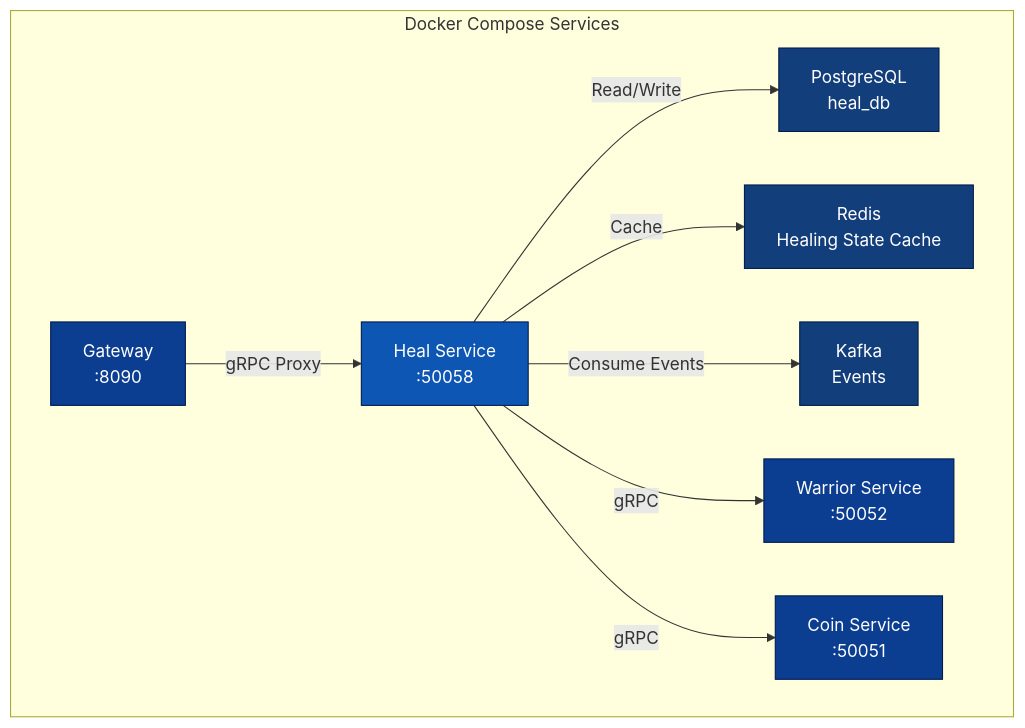
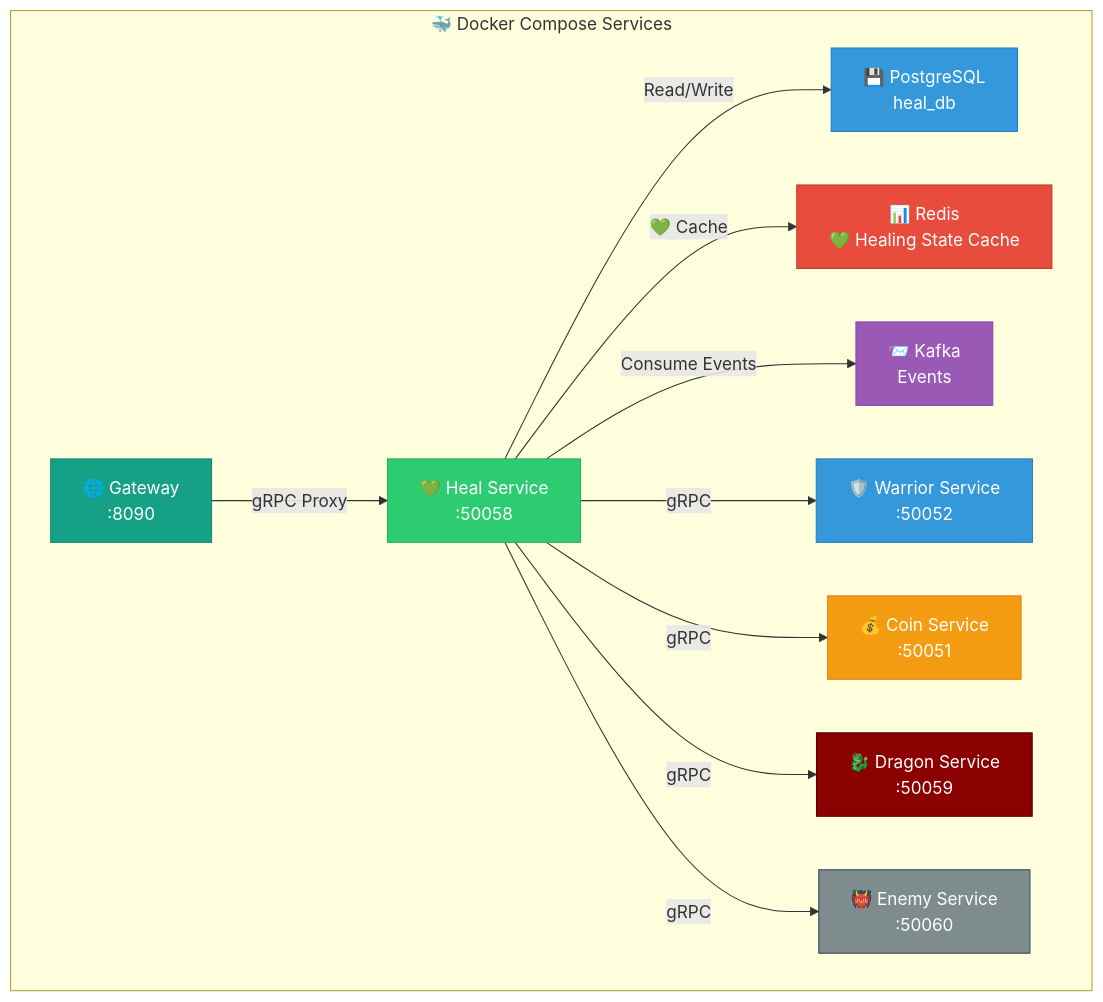
Diagram 30 of 36 in README.md (tiraten-bot/network-sec-micro), drawn with Mermaid before and after one commit. The commit also changed other lines of this file, not shown here.

Commit message:
Refine README.md by adding emoji annotations to the Docker Compose Deployment section, enhancing visual appeal and clarity. Updated service names and styles for better differentiation, including new services for Dragon and Enemy.

````diff
--- a/README.md
+++ b/README.md
@@ -1686,27 +1686,33 @@
 ```mermaid
 graph TB
-    subgraph "Docker Compose Services"
-        DCPG[PostgreSQL<br/>heal_db]
-        DCR[Redis<br/>Healing State Cache]
-        DCK[Kafka<br/>Events]
-        DCH[Heal Service<br/>:50058]
-        DCW[Warrior Service<br/>:50052]
-        DCC[Coin Service<br/>:50051]
-        DCGW[Gateway<br/>:8090]
+    subgraph "🐳 Docker Compose Services"
+        DCPG[💾 PostgreSQL<br/>heal_db]
+        DCR[📊 Redis<br/>💚 Healing State Cache]
+        DCK[📨 Kafka<br/>Events]
+        DCH[💚 Heal Service<br/>:50058]
+        DCW[🛡️ Warrior Service<br/>:50052]
+        DCC[💰 Coin Service<br/>:50051]
+        DCD[🐉 Dragon Service<br/>:50059]
+        DCE[👹 Enemy Service<br/>:50060]
+        DCGW[🌐 Gateway<br/>:8090]
     end
     
     DCH -->|Read/Write| DCPG
-    DCH -->|Cache| DCR
+    DCH -->|💚 Cache| DCR
     DCH -->|Consume Events| DCK
     DCH -->|gRPC| DCW
     DCH -->|gRPC| DCC
+    DCH -->|gRPC| DCD
+    DCH -->|gRPC| DCE
     DCGW -->|gRPC Proxy| DCH
     
-    style DCH fill:#0d56b3,stroke:#001a4d,color:#ffffff
-    style DCPG fill:#133e7c,stroke:#001a4d,color:#ffffff
-    style DCR fill:#133e7c,stroke:#001a4d,color:#ffffff
-    style DCK fill:#133e7c,stroke:#001a4d,color:#ffffff
-    style DCW fill:#0b3d91,stroke:#001a4d,color:#ffffff
-    style DCC fill:#0b3d91,stroke:#001a4d,color:#ffffff
-    style DCGW fill:#0b3d91,stroke:#001a4d,color:#ffffff
+    style DCH fill:#2ecc71,stroke:#27ae60,color:#ffffff
+    style DCPG fill:#3498db,stroke:#2980b9,color:#ffffff
+    style DCR fill:#e74c3c,stroke:#c0392b,color:#ffffff
+    style DCK fill:#9b59b6,stroke:#8e44ad,color:#ffffff
+    style DCW fill:#3498db,stroke:#2980b9,color:#ffffff
+    style DCC fill:#f39c12,stroke:#e67e22,color:#ffffff
+    style DCD fill:#8b0000,stroke:#5a0000,color:#ffffff
+    style DCE fill:#7f8c8d,stroke:#34495e,color:#ffffff
+    style DCGW fill:#16a085,stroke:#138d75,color:#ffffff
 ```
````
